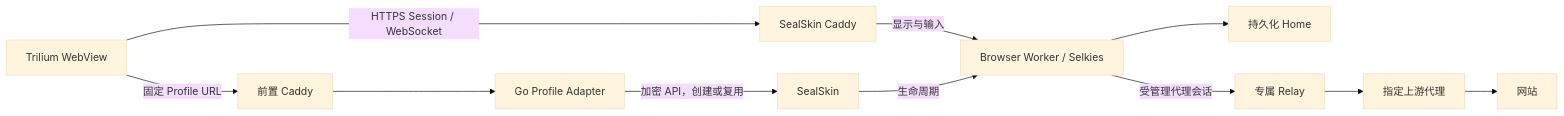
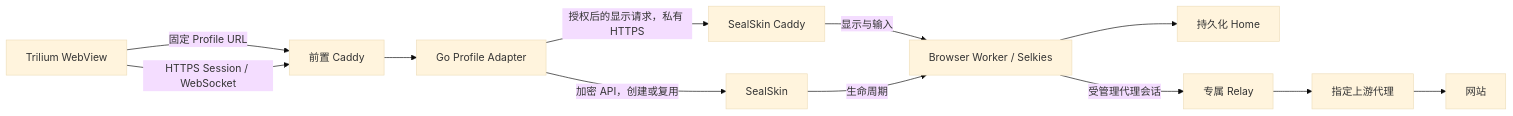
Before and after one commit to scrtou/browser-platform: the diagram in docs/design.md, drawn with Mermaid (base theme). The commit also changed other lines of this file and 289 other files, not shown here.

````diff
--- a/docs/design.md
+++ b/docs/design.md
@@ -11,13 +11,14 @@
 ```mermaid
 flowchart LR
     T[Trilium WebView] -->|固定 Profile URL| C[前置 Caddy]
     C --> A[Go Profile Adapter]
     A -->|加密 API，创建或复用| S[SealSkin]
-    T -->|HTTPS Session / WebSocket| D[SealSkin Caddy]
+    T -->|HTTPS Session / WebSocket| C
+    A -->|授权后的显示请求，私有 HTTPS| D[SealSkin Caddy]
     D -->|显示与输入| W[Browser Worker / Selkies]
     S -->|生命周期| W
     W --> H[持久化 Home]
     W -->|受管理代理会话| R[专属 Relay]
     R --> P[指定上游代理]
     P --> I[网站]
 ```
````
